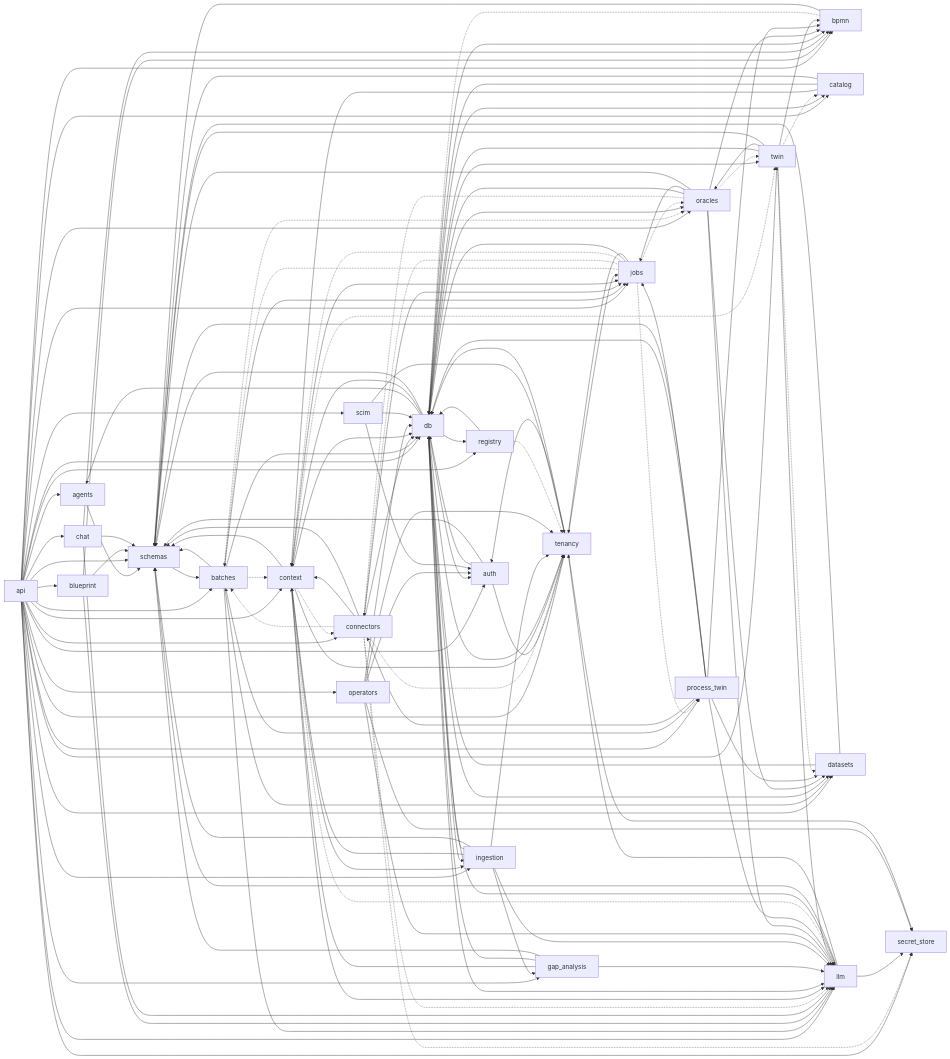
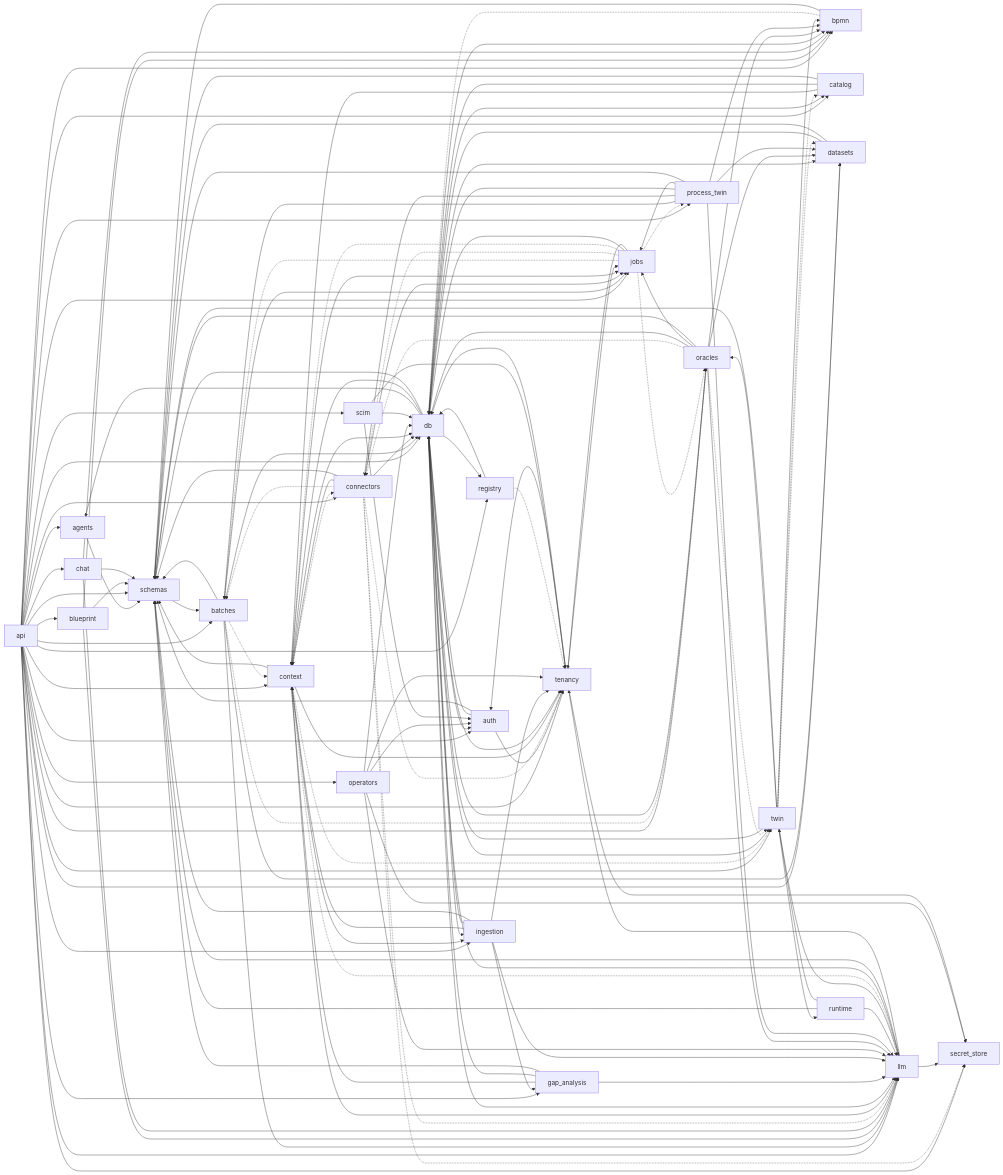
Before and after one commit to jayendukumar/agentify: the third of 8 diagrams in docs/wiki/Architecture.md, drawn with Mermaid. The commit also changed other lines of this file and 18 other files, not shown here.

````diff
--- a/docs/wiki/Architecture.md
+++ b/docs/wiki/Architecture.md
@@ -245,6 +246,9 @@
     process_twin --> schemas
     registry --> db
     registry -.-> tenancy
+    runtime --> llm
+    runtime --> schemas
+    runtime --> twin
     schemas --> batches
     scim --> auth
     scim --> db
@@ -259,5 +263,6 @@
     twin --> db
     twin --> llm
     twin --> oracles
+    twin --> runtime
     twin --> schemas
 ```
````
